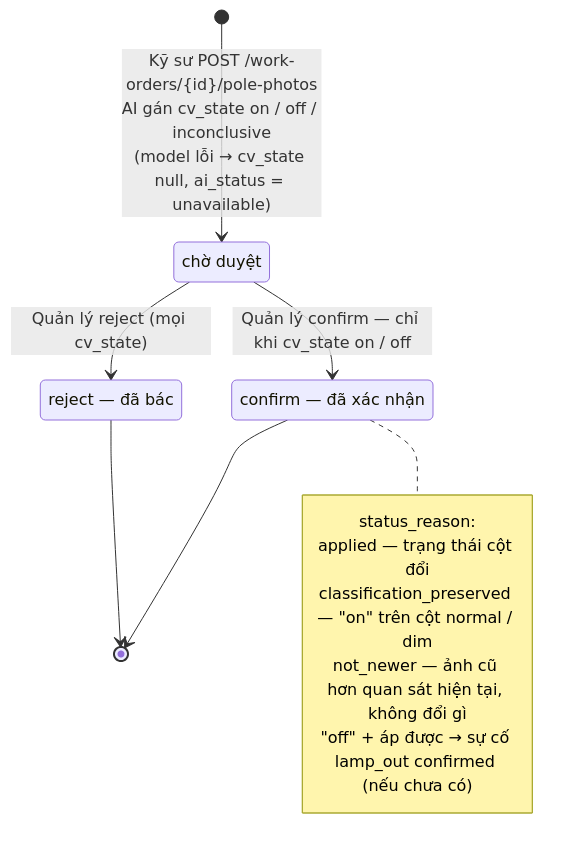
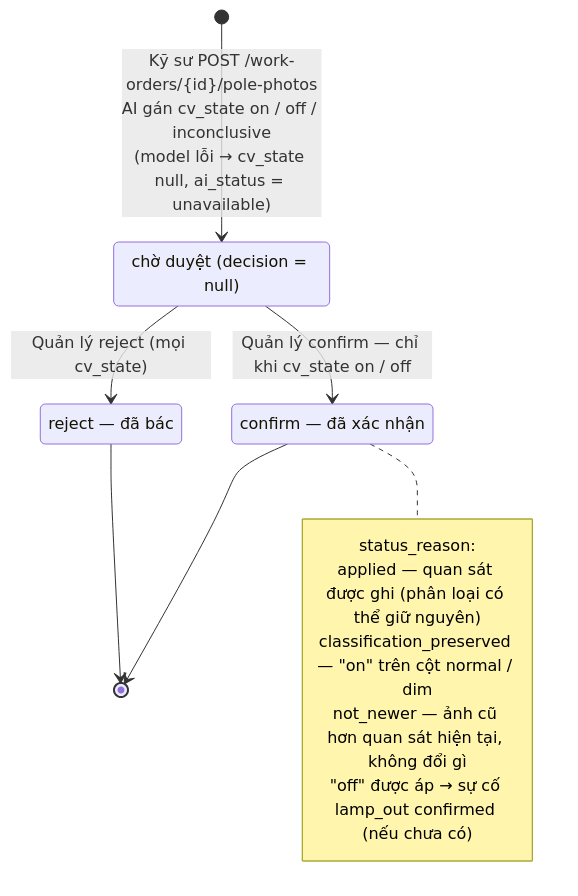
Before and after one commit to LuxMapLabs/luxmap_backend: diagram 11 of 14 in docs/state-machines.md, drawn with Mermaid. The commit also changed other lines of this file and 1 other file, not shown here.

First line of the commit message:
docs(state-machines): re-check every diagram against the code, add fixture, relay mode and refresh token

````diff
--- a/docs/state-machines.md
+++ b/docs/state-machines.md
@@ -313,19 +373,19 @@
 ```mermaid
 stateDiagram-v2
-    state "chờ duyệt" as pending
+    state "chờ duyệt (decision = null)" as pending
     state "confirm — đã xác nhận" as confirm
     state "reject — đã bác" as reject
     [*] --> pending : Kỹ sư POST /work-orders/{id}/pole-photos<br/>AI gán cv_state on / off / inconclusive<br/>(model lỗi → cv_state null, ai_status = unavailable)
     pending --> confirm : Quản lý confirm — chỉ khi cv_state on / off
     pending --> reject : Quản lý reject (mọi cv_state)
     confirm --> [*]
     reject --> [*]
 
     note right of confirm
         status_reason:
-        applied — trạng thái cột đổi
+        applied — quan sát được ghi (phân loại có thể giữ nguyên)
         classification_preserved — "on" trên cột normal / dim
         not_newer — ảnh cũ hơn quan sát hiện tại, không đổi gì
-        "off" + áp được → sự cố lamp_out confirmed (nếu chưa có)
+        "off" được áp → sự cố lamp_out confirmed (nếu chưa có)
     end note
 ```
````
